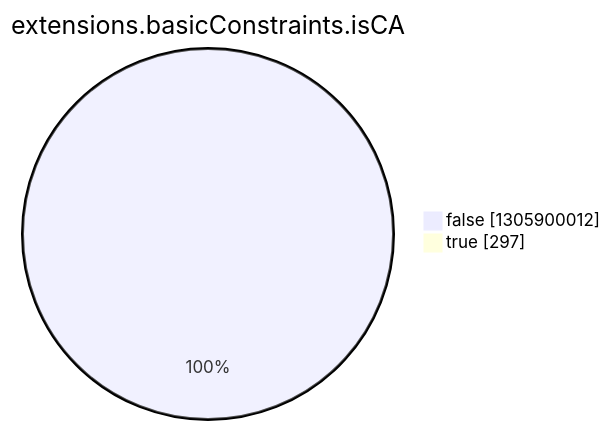
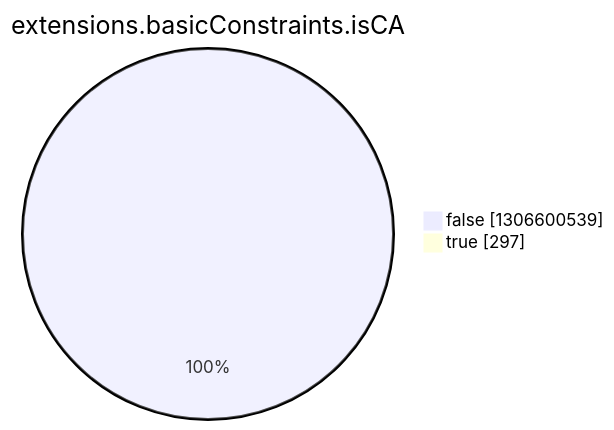
Before and after one commit to christiankrug/ctmonitor_visualization: the eighth of 15 diagrams in argon2022/README.md, drawn with Mermaid. The commit also changed other lines of this file, not shown here.

````diff
--- a/argon2022/README.md
+++ b/argon2022/README.md
@@ -2757,6 +2757,6 @@
 ```mermaid
 pie showData
 title extensions.basicConstraints.isCA
-"false" :1305900012
+"false" :1306600539
 "true" :297
 ```
````
